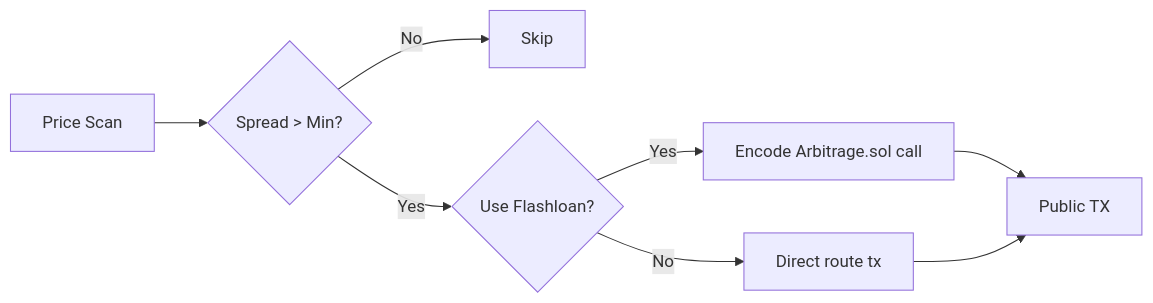
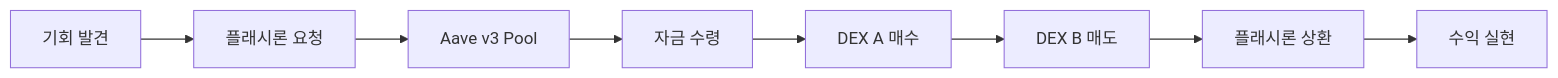
Before and after one commit to blockbit-hama/xCrack: the first of 3 diagrams in docs/strategy-arbitrage.md, drawn with Mermaid. The commit also changed other lines of this file and 23 other files, not shown here.

````diff
--- a/docs/strategy-arbitrage.md
+++ b/docs/strategy-arbitrage.md
@@ -15,10 +70,10 @@
 ```mermaid
 flowchart LR
-  A[Price Scan] --> B{Spread > Min?}
-  B -- No --> X[Skip]
-  B -- Yes --> C{Use Flashloan?}
-  C -- Yes --> D[Encode Arbitrage.sol call]
-  C -- No --> E[Direct route tx]
-  D --> F[Public TX]
-  E --> F[Public TX]
+    A[기회 발견] --> B[플래시론 요청]
+    B --> C[Aave v3 Pool]
+    C --> D[자금 수령]
+    D --> E[DEX A 매수]
+    E --> F[DEX B 매도]
+    F --> G[플래시론 상환]
+    G --> H[수익 실현]
 ```
````
